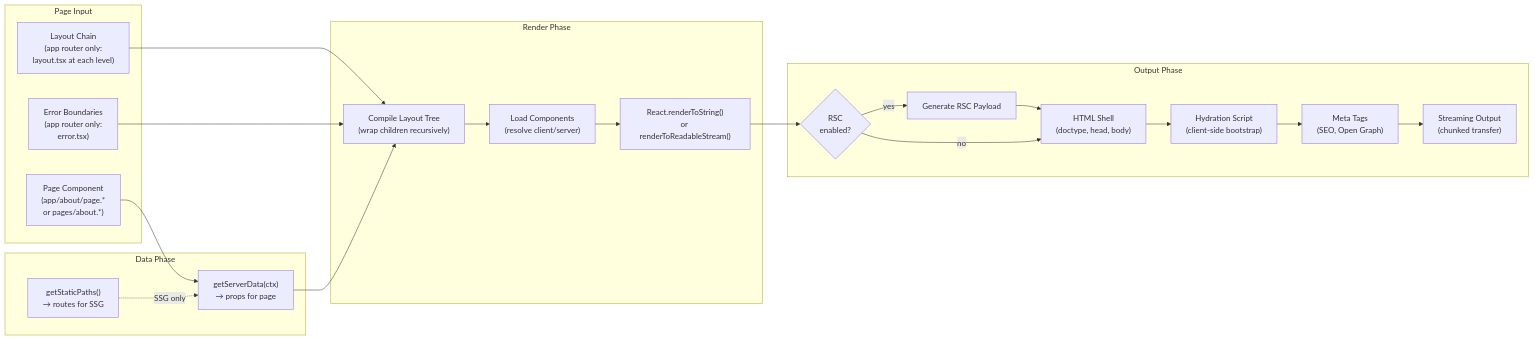
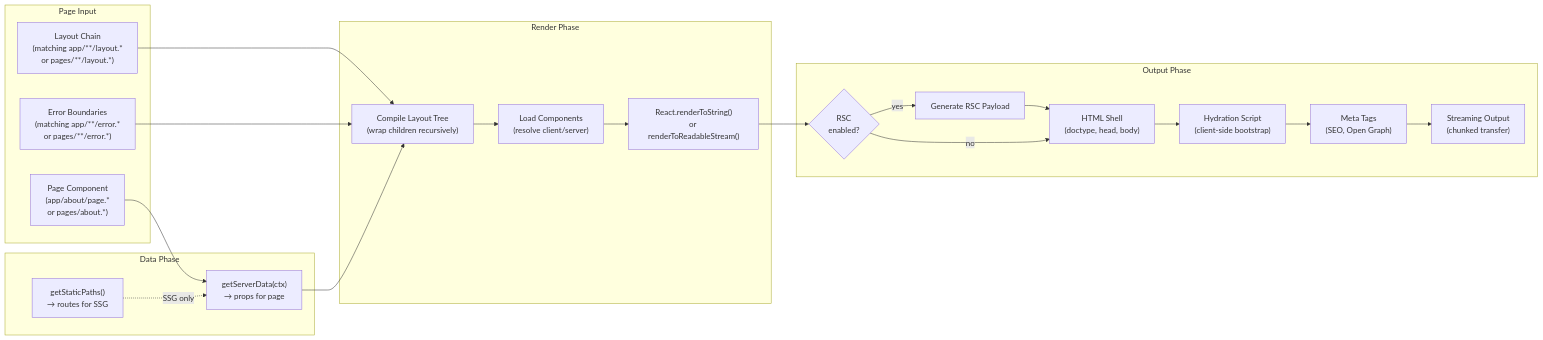
The third of 4 diagrams in docs/architecture/02-request-pipeline.md (veryfront/veryfront-code), drawn with Mermaid before and after one commit. The commit also changed other lines of this file and 24 other files, not shown here.

````diff
--- a/docs/architecture/02-request-pipeline.md
+++ b/docs/architecture/02-request-pipeline.md
@@ -161,44 +161,44 @@
 ```mermaid
 flowchart LR
     subgraph Input["Page Input"]
         PageFile["Page Component<br/>(app/about/page.*<br/>or pages/about.*)"]
-        Layouts["Layout Chain<br/>(app router only:<br/>layout.tsx at each level)"]
-        ErrorBoundaries["Error Boundaries<br/>(app router only:<br/>error.tsx)"]
+        Layouts["Layout Chain<br/>(matching app/**/layout.*<br/>or pages/**/layout.*)"]
+        ErrorBoundaries["Error Boundaries<br/>(matching app/**/error.*<br/>or pages/**/error.*)"]
     end
 
     subgraph DataPhase["Data Phase"]
         ServerData["getServerData(ctx)<br/>→ props for page"]
         StaticPaths["getStaticPaths()<br/>→ routes for SSG"]
     end
 
     subgraph RenderPhase["Render Phase"]
         LayoutCompile["Compile Layout Tree<br/>(wrap children recursively)"]
         ComponentLoad["Load Components<br/>(resolve client/server)"]
         ReactRender["React.renderToString()<br/>or renderToReadableStream()"]
     end
 
     subgraph OutputPhase["Output Phase"]
         RSCCheck{"RSC<br/>enabled?"}
         RSCPayload["Generate RSC Payload"]
         HTMLShell["HTML Shell<br/>(doctype, head, body)"]
         HydrationScript["Hydration Script<br/>(client-side bootstrap)"]
         MetaTags["Meta Tags<br/>(SEO, Open Graph)"]
         StreamOut["Streaming Output<br/>(chunked transfer)"]
     end
 
     PageFile --> ServerData
     Layouts --> LayoutCompile
     ErrorBoundaries --> LayoutCompile
     ServerData --> LayoutCompile
     StaticPaths -.->|"SSG only"| ServerData
 
     LayoutCompile --> ComponentLoad
     ComponentLoad --> ReactRender
 
     ReactRender --> RSCCheck
     RSCCheck -->|yes| RSCPayload --> HTMLShell
     RSCCheck -->|no| HTMLShell
     HTMLShell --> HydrationScript
     HydrationScript --> MetaTags
     MetaTags --> StreamOut
 ```
````
